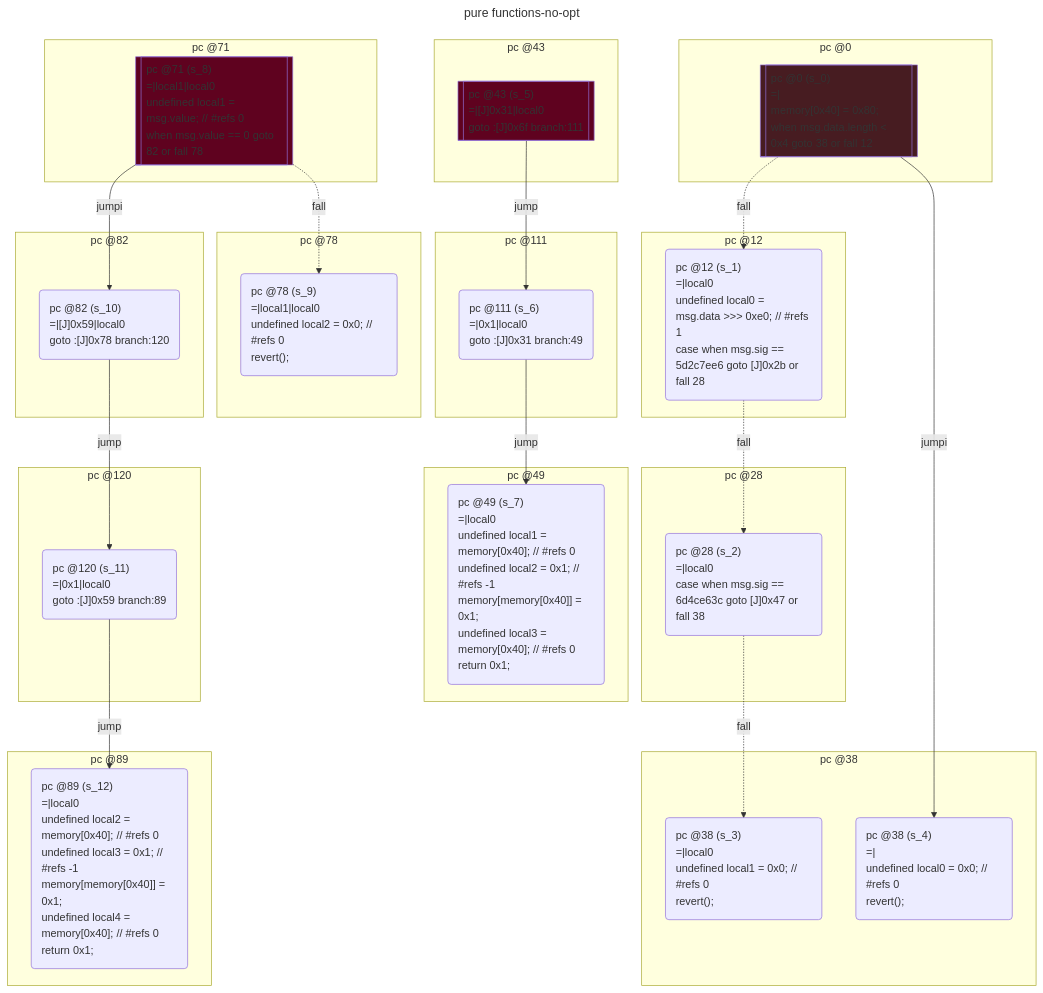
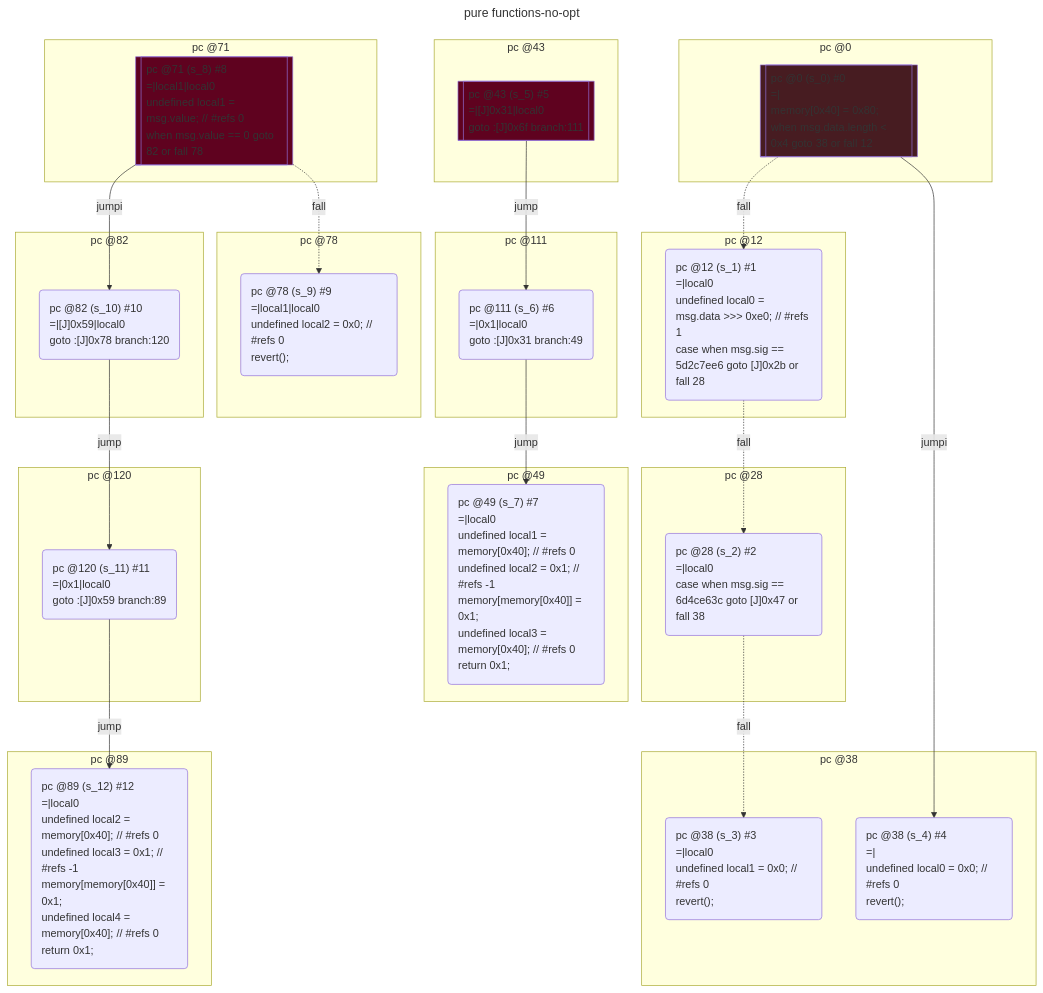
Before and after one commit to acuarica/evm: the first of 2 diagrams in test/__snapshots__/contracts/dispatch/pure-functions.snap.md, drawn with Mermaid. The commit also changed other lines of this file and 18 other files, not shown here.

```diff
--- a/test/__snapshots__/contracts/dispatch/pure-functions.snap.md
+++ b/test/__snapshots__/contracts/dispatch/pure-functions.snap.md
@@ -86,7 +86,7 @@
 flowchart TD
   classDef state text-align:left
   subgraph cluster_0 ["pc @0"]
-    s_0[["pc @0 (s_0)
+    s_0[["pc @0 (s_0) #0
 =|
 memory[0x40] = 0x80;
 when msg.data.length < 0x4 goto 38 or fall 12
@@ -95,7 +95,7 @@
     style s_0 fill:#471C21
   end
   subgraph cluster_12 ["pc @12"]
-    s_1("pc @12 (s_1)
+    s_1("pc @12 (s_1) #1
 =|local0
 undefined local0 = msg.data >>> 0xe0; // #refs 1
 case when msg.sig == 5d2c7ee6 goto [J]0x2b or fall 28
@@ -103,20 +103,20 @@
     class s_1 state
   end
   subgraph cluster_28 ["pc @28"]
-    s_2("pc @28 (s_2)
+    s_2("pc @28 (s_2) #2
 =|local0
 case when msg.sig == 6d4ce63c goto [J]0x47 or fall 38
 ")
     class s_2 state
   end
   subgraph cluster_38 ["pc @38"]
-    s_3("pc @38 (s_3)
+    s_3("pc @38 (s_3) #3
 =|local0
 undefined local1 = 0x0; // #refs 0
 revert();
 ")
     class s_3 state
-    s_4("pc @38 (s_4)
+    s_4("pc @38 (s_4) #4
 =|
 undefined local0 = 0x0; // #refs 0
 revert();
@@ -124,7 +124,7 @@
     class s_4 state
   end
   subgraph cluster_43 ["pc @43"]
-    s_5[["pc @43 (s_5)
+    s_5[["pc @43 (s_5) #5
 =|[J]0x31|local0
 goto :[J]0x6f branch:111
 "]]
@@ -132,14 +132,14 @@
     style s_5 fill:#5F021F
   end
   subgraph cluster_111 ["pc @111"]
-    s_6("pc @111 (s_6)
+    s_6("pc @111 (s_6) #6
 =|0x1|local0
 goto :[J]0x31 branch:49
 ")
     class s_6 state
   end
   subgraph cluster_49 ["pc @49"]
-    s_7("pc @49 (s_7)
+    s_7("pc @49 (s_7) #7
 =|local0
 undefined local1 = memory[0x40]; // #refs 0
 undefined local2 = 0x1; // #refs -1
@@ -150,7 +150,7 @@
     class s_7 state
   end
   subgraph cluster_71 ["pc @71"]
-    s_8[["pc @71 (s_8)
+    s_8[["pc @71 (s_8) #8
 =|local1|local0
 undefined local1 = msg.value; // #refs 0
 when msg.value == 0 goto 82 or fall 78
@@ -159,7 +159,7 @@
     style s_8 fill:#5F021F
   end
   subgraph cluster_78 ["pc @78"]
-    s_9("pc @78 (s_9)
+    s_9("pc @78 (s_9) #9
 =|local1|local0
 undefined local2 = 0x0; // #refs 0
 revert();
@@ -167,21 +167,21 @@
     class s_9 state
   end
   subgraph cluster_82 ["pc @82"]
-    s_10("pc @82 (s_10)
+    s_10("pc @82 (s_10) #10
 =|[J]0x59|local0
 goto :[J]0x78 branch:120
 ")
     class s_10 state
   end
   subgraph cluster_120 ["pc @120"]
-    s_11("pc @120 (s_11)
+    s_11("pc @120 (s_11) #11
 =|0x1|local0
 goto :[J]0x59 branch:89
 ")
     class s_11 state
   end
   subgraph cluster_89 ["pc @89"]
-    s_12("pc @89 (s_12)
+    s_12("pc @89 (s_12) #12
 =|local0
 undefined local2 = memory[0x40]; // #refs 0
 undefined local3 = 0x1; // #refs -1
```
